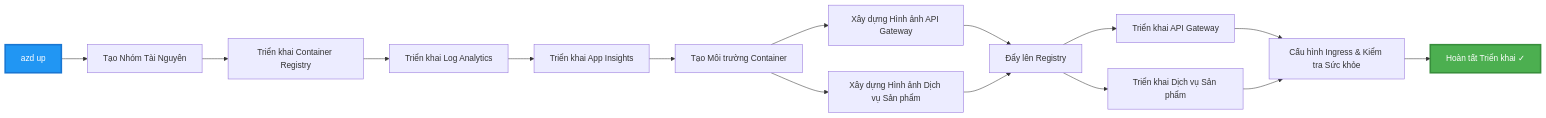
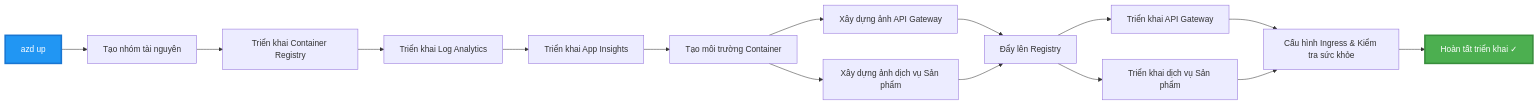
The third of 4 diagrams in translations/vi/examples/microservices/README.md (microsoft/AZD-for-beginners), drawn with Mermaid before and after one commit. The commit also changed other lines of this file and 242 other files, not shown here.

````diff
--- a/translations/vi/examples/microservices/README.md
+++ b/translations/vi/examples/microservices/README.md
@@ -242,20 +233,20 @@
 ```mermaid
 graph LR
-    A[azd up] --> B[Tạo Nhóm Tài Nguyên]
+    A[azd up] --> B[Tạo nhóm tài nguyên]
     B --> C[Triển khai Container Registry]
     C --> D[Triển khai Log Analytics]
     D --> E[Triển khai App Insights]
-    E --> F[Tạo Môi trường Container]
-    F --> G[Xây dựng Hình ảnh API Gateway]
-    F --> H[Xây dựng Hình ảnh Dịch vụ Sản phẩm]
+    E --> F[Tạo môi trường Container]
+    F --> G[Xây dựng ảnh API Gateway]
+    F --> H[Xây dựng ảnh dịch vụ Sản phẩm]
     G --> I[Đẩy lên Registry]
     H --> I
     I --> J[Triển khai API Gateway]
-    I --> K[Triển khai Dịch vụ Sản phẩm]
-    J --> L[Cấu hình Ingress & Kiểm tra Sức khỏe]
+    I --> K[Triển khai dịch vụ Sản phẩm]
+    J --> L[Cấu hình Ingress & Kiểm tra sức khỏe]
     K --> L
-    L --> M[Hoàn tất Triển khai ✓]
+    L --> M[Hoàn tất triển khai ✓]
     
     style A fill:#2196F3,stroke:#1976D2,stroke-width:3px,color:#fff
     style M fill:#4CAF50,stroke:#388E3C,stroke-width:3px,color:#fff
 ```
````
